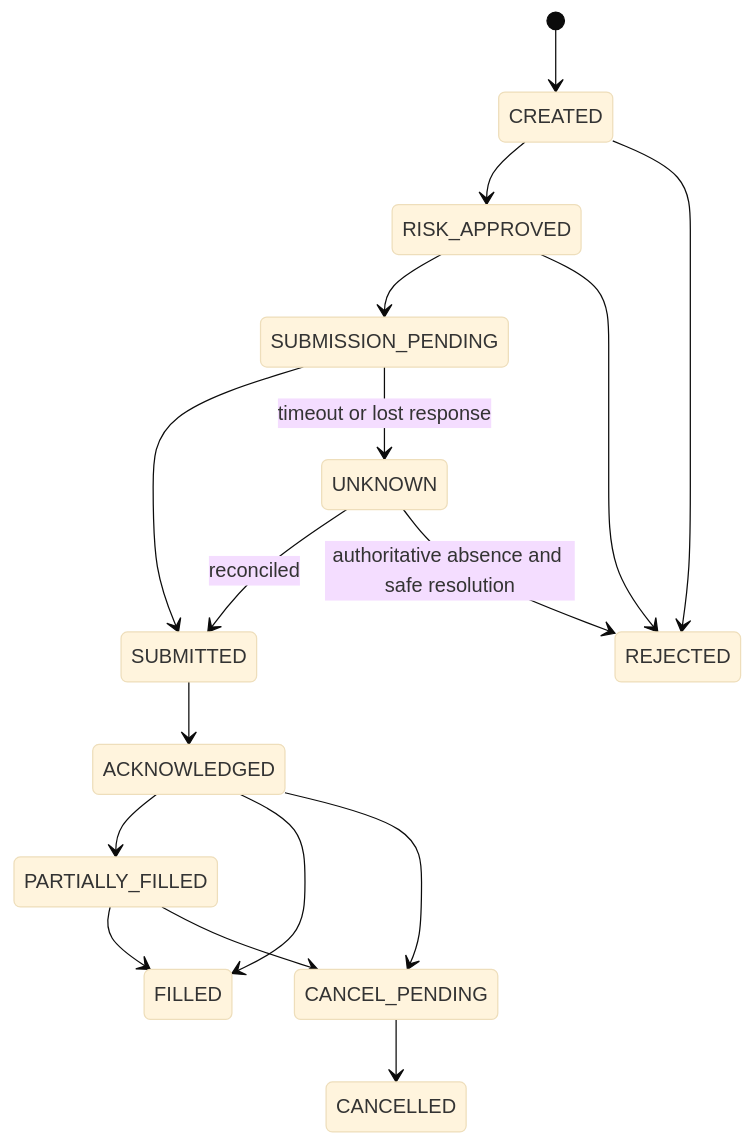
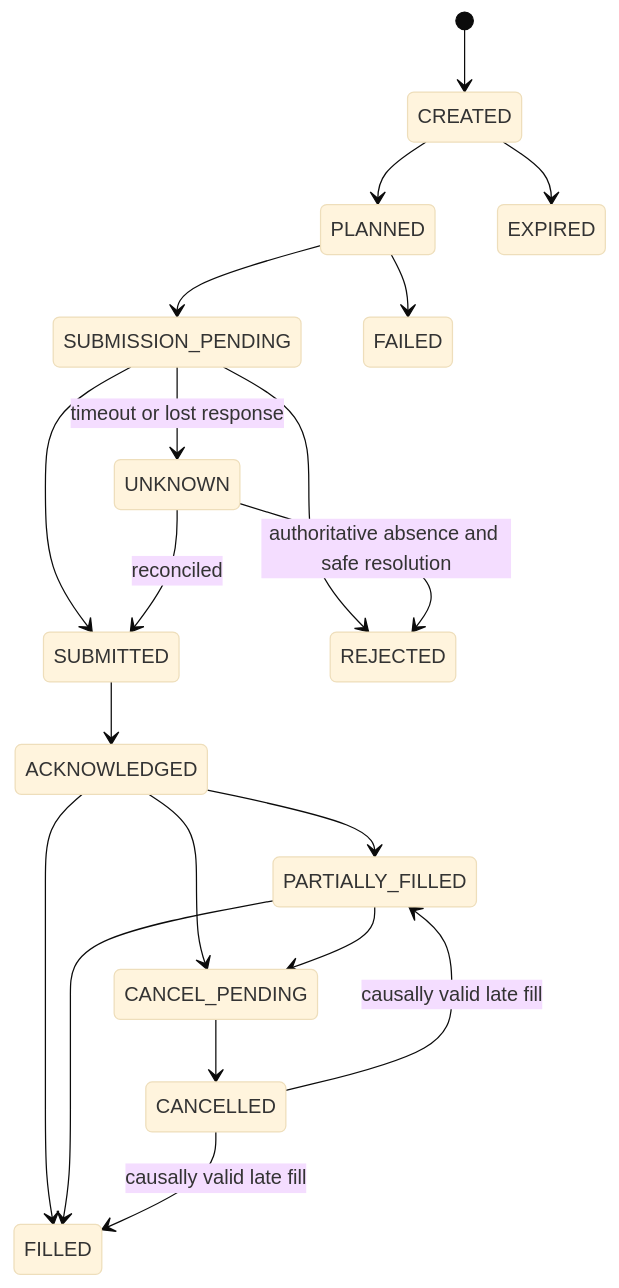
Before and after one commit to bibhuyash/tradeedge: the diagram in docs/reliability/ORDER_SAFETY.md, drawn with Mermaid (base theme). The commit also changed other lines of this file and 16 other files, not shown here.

````diff
--- a/docs/reliability/ORDER_SAFETY.md
+++ b/docs/reliability/ORDER_SAFETY.md
@@ -7,19 +7,22 @@
 ```mermaid
 stateDiagram-v2
     [*] --> CREATED
-    CREATED --> RISK_APPROVED
-    RISK_APPROVED --> SUBMISSION_PENDING
+    CREATED --> PLANNED
+    CREATED --> EXPIRED
+    PLANNED --> SUBMISSION_PENDING
     SUBMISSION_PENDING --> SUBMITTED
     SUBMISSION_PENDING --> UNKNOWN: timeout or lost response
     SUBMITTED --> ACKNOWLEDGED
     ACKNOWLEDGED --> PARTIALLY_FILLED
     ACKNOWLEDGED --> FILLED
     PARTIALLY_FILLED --> FILLED
     ACKNOWLEDGED --> CANCEL_PENDING
     PARTIALLY_FILLED --> CANCEL_PENDING
     CANCEL_PENDING --> CANCELLED
-    CREATED --> REJECTED
-    RISK_APPROVED --> REJECTED
+    SUBMISSION_PENDING --> REJECTED
+    PLANNED --> FAILED
     UNKNOWN --> SUBMITTED: reconciled
     UNKNOWN --> REJECTED: authoritative absence and safe resolution
+    CANCELLED --> PARTIALLY_FILLED: causally valid late fill
+    CANCELLED --> FILLED: causally valid late fill
 ```
````
